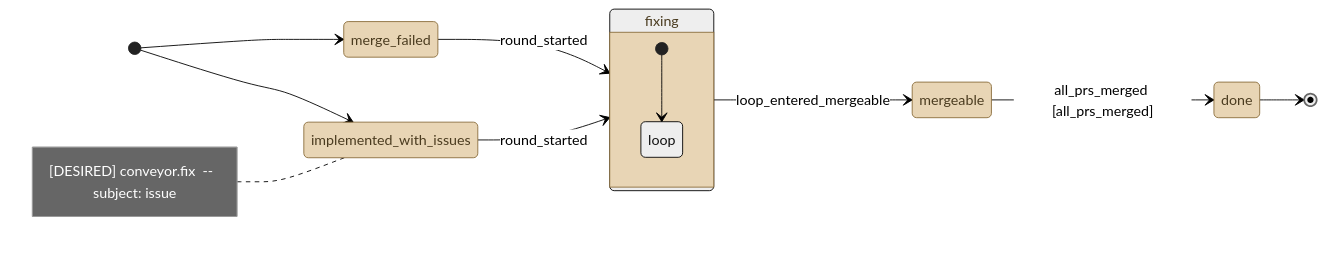
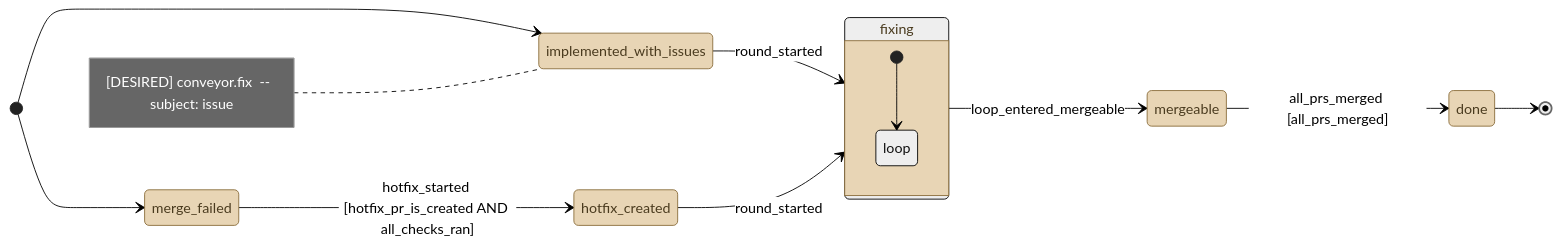
Before and after one commit to kostiantyn-matsebora/agent-ops-operator: the diagram in .github/conveyor-model/mermaid/desired/conveyor_fix.mmd, drawn with Mermaid (neutral theme). The commit also changed 1 other file, not shown here.

Commit message:
feat(conveyor): merge_failed detours through a hotfix branch, then joins fixing
merge_failed needs its own distinct next step: a branch and PR created to
fix master in scope of the issue, not the generic fixing path
implemented_with_issues shares. Added hotfix_created as its own state --
reached on hotfix_started, guarded by hotfix_pr_is_created AND
all_checks_ran -- then rejoining the shared path via round_started into
fixing, same as implemented_with_issues already does.

Verified by headless-Chrome render: both entry points converge through
fixing into the shared mergeable -> done path, the hotfix detour drawn
distinctly.

```diff
--- a/.github/conveyor-model/mermaid/desired/conveyor_fix.mmd
+++ b/.github/conveyor-model/mermaid/desired/conveyor_fix.mmd
@@ -1,24 +1,26 @@
 stateDiagram-v2
     direction LR
     [*] --> implemented_with_issues
     [*] --> merge_failed
     note left of implemented_with_issues
         [DESIRED] conveyor.fix  --  subject: issue
     end note
     classDef stationState fill:#e8d5b5,stroke:#8a6d3b,color:#4a3b1f
     classDef loopState fill:#c9e4de,stroke:#2f6b5e,color:#1a3b33
     state implemented_with_issues
     state merge_failed
+    state hotfix_created
     state fixing
     state mergeable
     state done
     implemented_with_issues --> fixing : round_started
-    merge_failed --> fixing : round_started
+    merge_failed --> hotfix_created : hotfix_started [hotfix_pr_is_created AND all_checks_ran]
+    hotfix_created --> fixing : round_started
     fixing --> mergeable : loop_entered_mergeable
     mergeable --> done : all_prs_merged [all_prs_merged]
     done --> [*]
-    class implemented_with_issues, merge_failed, fixing, mergeable, done stationState
+    class implemented_with_issues, merge_failed, hotfix_created, fixing, mergeable, done stationState
     state fixing {
         [*] --> loop
         state "loop" as loop
     }
```
